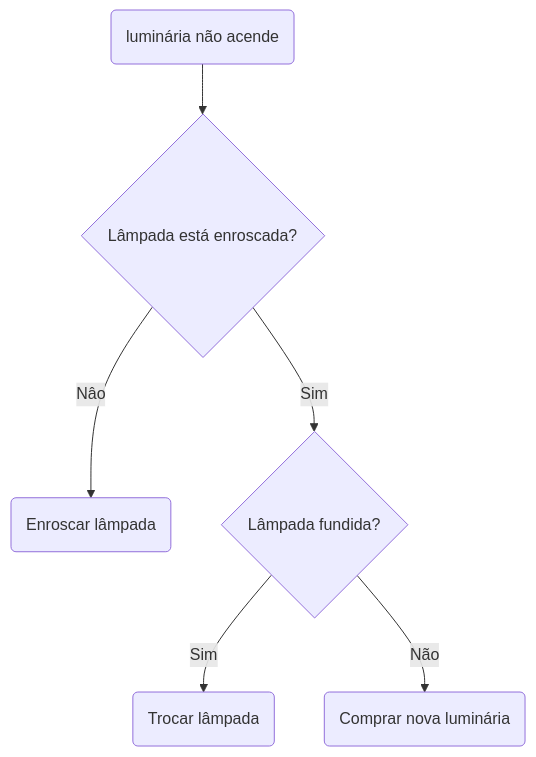
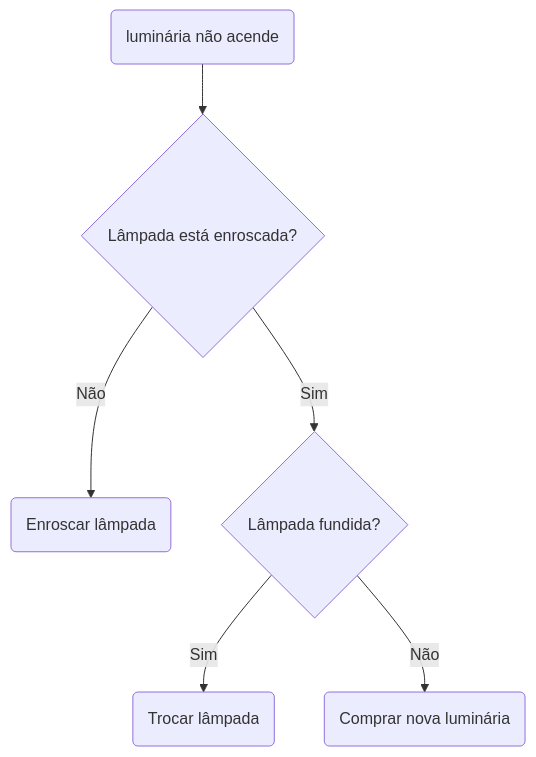
The third of 4 diagrams in AulasPortugol/Aula 1/Readme.md (DiorgeMontezuma/PortugolAnotacoes), drawn with Mermaid before and after one commit.

````diff
--- a/AulasPortugol/Aula 1/Readme.md
+++ b/AulasPortugol/Aula 1/Readme.md
@@ -63,10 +63,10 @@
 ```mermaid
    graph TD;
    A(luminária não acende) -->B{Lâmpada está enroscada?}
-   B -->|Nâo| C(Enroscar lâmpada)
+   B -->|Não| C(Enroscar lâmpada)
    B -->|Sim| E{Lâmpada fundida?}
    E -->|Sim| F(Trocar lâmpada)
    E -->|Não| G(Comprar nova luminária)
      
      
 ```
````
